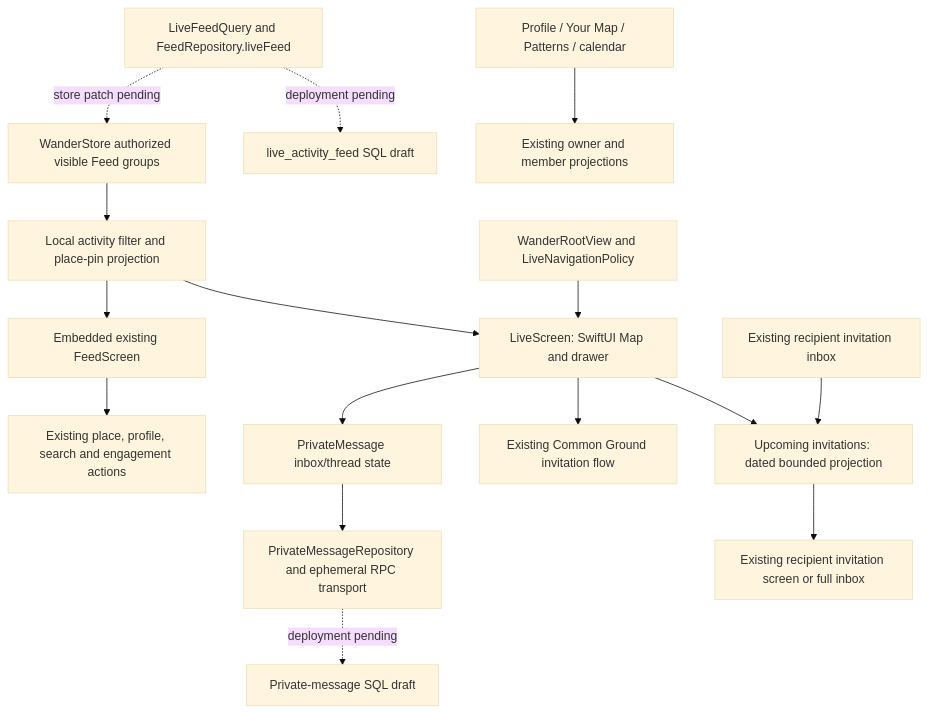
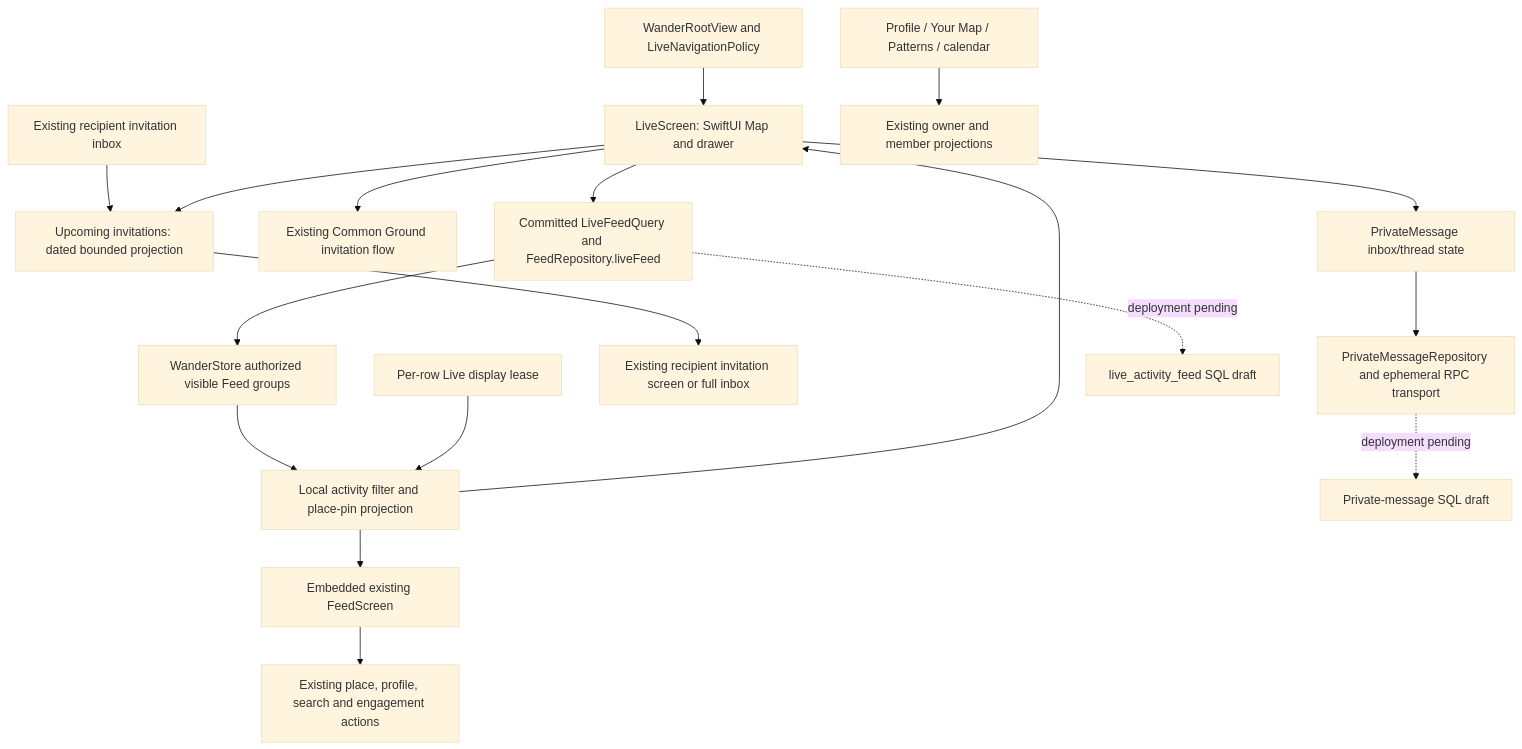
Before and after one commit to joelipshutz/wander: the diagram in docs/designs/astir-live/engineering-plan.md, drawn with Mermaid (base theme). The commit also changed other lines of this file and 64 other files, not shown here.

Commit message:
REC-636 Complete Live query integration and final review validation

````diff
--- a/docs/designs/astir-live/engineering-plan.md
+++ b/docs/designs/astir-live/engineering-plan.md
@@ -52,18 +54,20 @@
 ```mermaid
 flowchart TD
     R[WanderRootView and LiveNavigationPolicy] --> L[LiveScreen: SwiftUI Map and drawer]
     S[WanderStore authorized visible Feed groups] --> P[Local activity filter and place-pin projection]
     P --> L
     P --> F[Embedded existing FeedScreen]
     F --> A[Existing place, profile, search and engagement actions]
     L --> M[PrivateMessage inbox/thread state]
     M --> MR[PrivateMessageRepository and ephemeral RPC transport]
     MR -. deployment pending .-> MS[Private-message SQL draft]
     L --> I[Existing Common Ground invitation flow]
     PI[Existing recipient invitation inbox] --> U[Upcoming invitations: dated bounded projection]
     L --> U
     U --> O[Existing recipient invitation screen or full inbox]
-    Q[LiveFeedQuery and FeedRepository.liveFeed] -. store patch pending .-> S
+    L --> Q[Committed LiveFeedQuery and FeedRepository.liveFeed]
+    Q --> S
+    LE[Per-row Live display lease] --> P
     Q -. deployment pending .-> SQL[live_activity_feed SQL draft]
     PM[Profile / Your Map / Patterns / calendar] --> OS[Existing owner and member projections]
 ```
````
